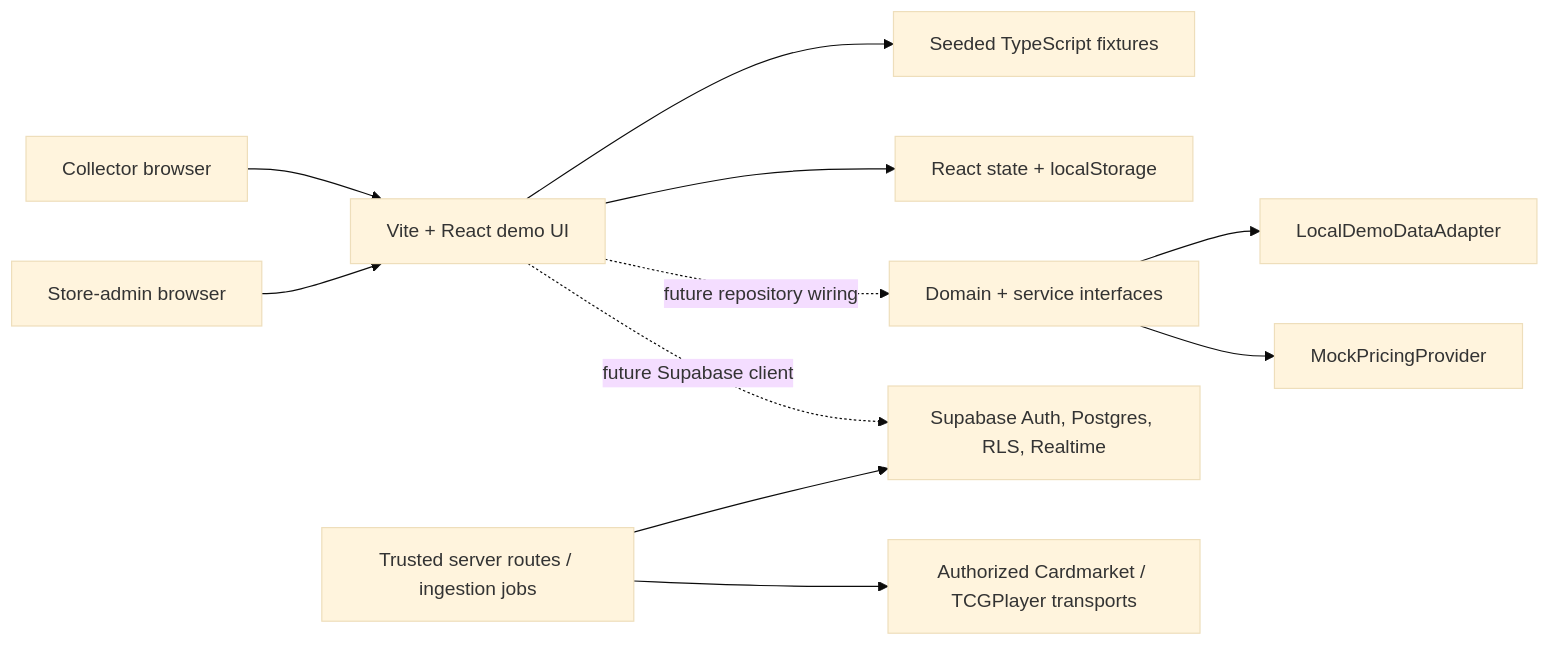
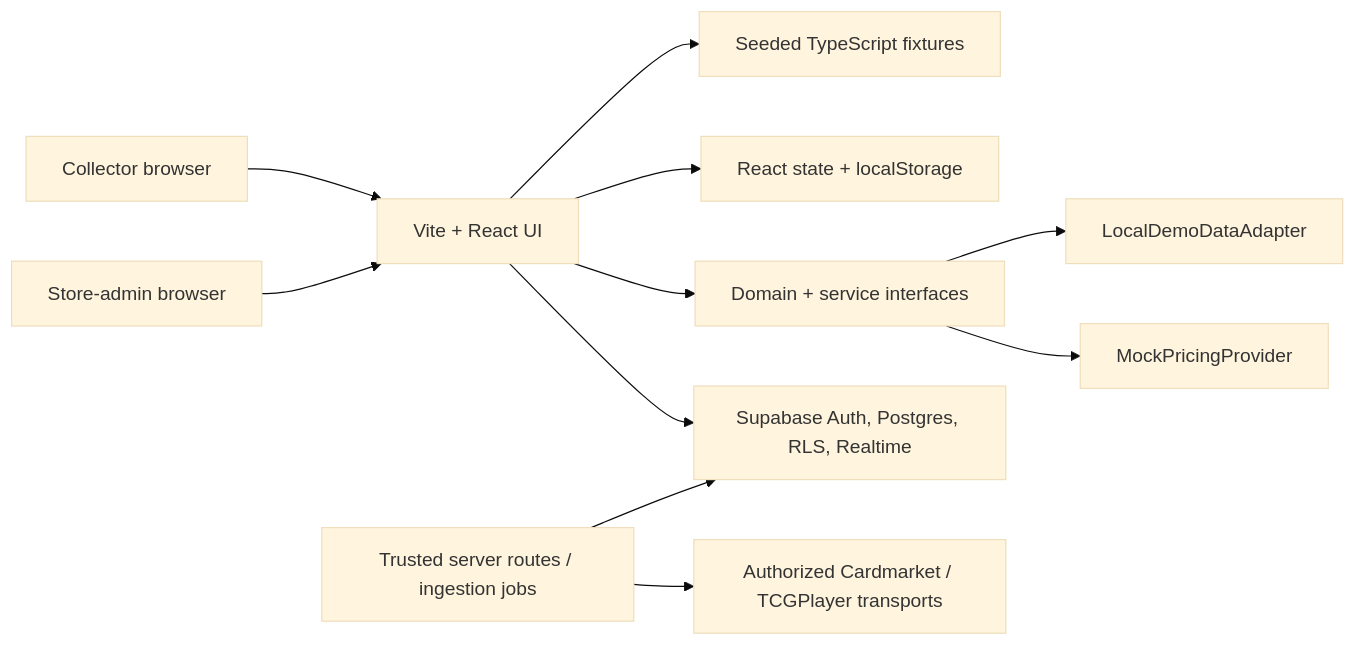
The first of 5 diagrams in docs/ARCHITECTURE.md (mattin89/tcg-harbor), drawn with Mermaid (base theme) before and after one commit. The commit also changed other lines of this file and 51 other files, not shown here.

````diff
--- a/docs/ARCHITECTURE.md
+++ b/docs/ARCHITECTURE.md
@@ -18,16 +19,16 @@
 ```mermaid
 flowchart LR
-  collector["Collector browser"] --> ui["Vite + React demo UI"]
+  collector["Collector browser"] --> ui["Vite + React UI"]
   storeAdmin["Store-admin browser"] --> ui
 
   ui --> fixtures["Seeded TypeScript fixtures"]
   ui --> browserState["React state + localStorage"]
 
-  ui -. "future repository wiring" .-> services["Domain + service interfaces"]
+  ui --> services["Domain + service interfaces"]
   services --> localAdapter["LocalDemoDataAdapter"]
   services --> mockPricing["MockPricingProvider"]
 
-  ui -. "future Supabase client" .-> supabase["Supabase Auth, Postgres, RLS, Realtime"]
+  ui --> supabase["Supabase Auth, Postgres, RLS, Realtime"]
   server["Trusted server routes / ingestion jobs"] --> supabase
   server --> livePricing["Authorized Cardmarket / TCGPlayer transports"]
 ```
````
